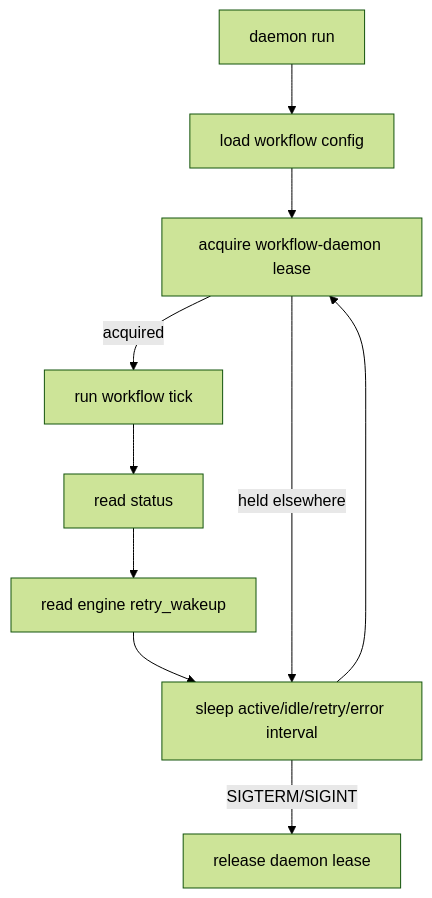
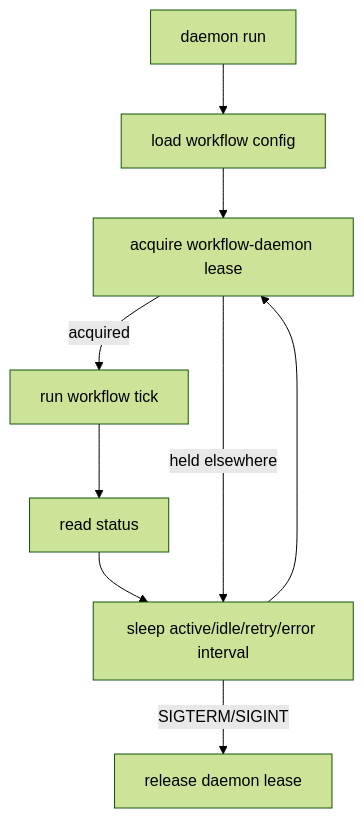
Before and after one commit to moustafattia/daedalus: the eighth of 8 diagrams in docs/architecture.md, drawn with Mermaid (forest theme). The commit also changed other lines of this file and 195 other files, not shown here.

````diff
--- a/docs/architecture.md
+++ b/docs/architecture.md
@@ -930,16 +801,15 @@
 ```mermaid
 flowchart TD
     Start["daemon run"]
     Load["load workflow config"]
     Lease["acquire workflow-daemon lease"]
     Tick["run workflow tick"]
     Status["read status"]
-    Wakeup["read engine retry_wakeup"]
     Sleep["sleep active/idle/retry/error interval"]
     Stop["release daemon lease"]
 
     Start --> Load --> Lease
-    Lease -->|acquired| Tick --> Status --> Wakeup --> Sleep --> Lease
+    Lease -->|acquired| Tick --> Status --> Sleep --> Lease
     Lease -->|held elsewhere| Sleep
     Sleep -->|SIGTERM/SIGINT| Stop
 ```
````
